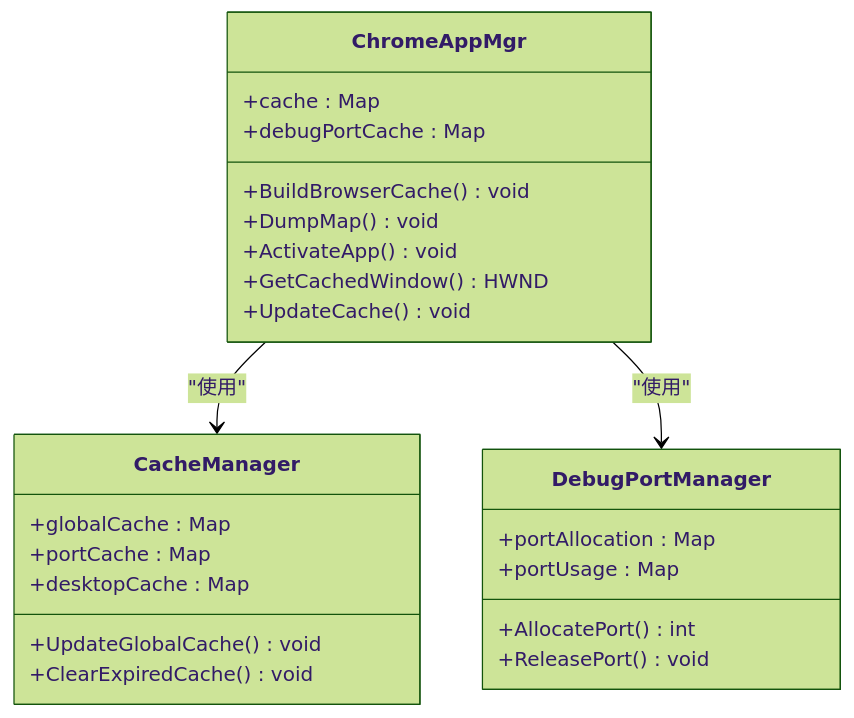
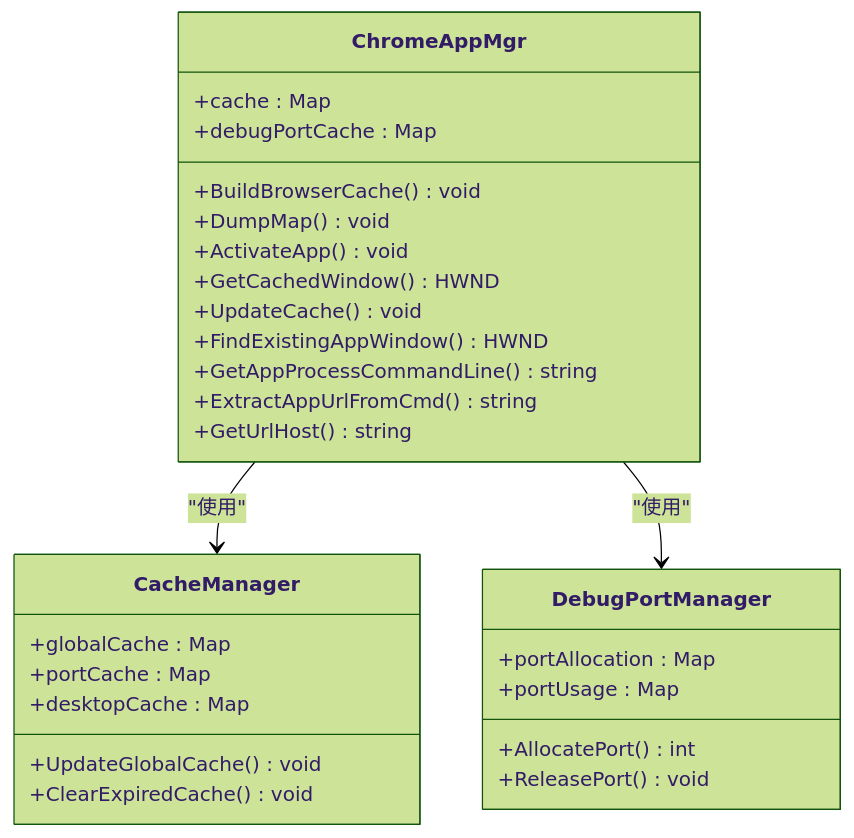
One commit to wangys-123doit/hotkey changed diagram 15 of 18 in .qoder/repowiki/zh/content/核心功能/浏览器应用管理.md. Above: the diagram before and after it, drawn with Mermaid (forest theme). The commit also changed other lines of this file and 14 other files, not shown here.

````diff
--- a/.qoder/repowiki/zh/content/核心功能/浏览器应用管理.md
+++ b/.qoder/repowiki/zh/content/核心功能/浏览器应用管理.md
@@ -662,27 +676,31 @@
 ```mermaid
 classDiagram
 class ChromeAppMgr {
 +cache : Map
 +debugPortCache : Map
 +BuildBrowserCache() void
 +DumpMap() void
 +ActivateApp() void
 +GetCachedWindow() HWND
 +UpdateCache() void
++FindExistingAppWindow() HWND
++GetAppProcessCommandLine() string
++ExtractAppUrlFromCmd() string
++GetUrlHost() string
 }
 class CacheManager {
 +globalCache : Map
 +portCache : Map
 +desktopCache : Map
 +UpdateGlobalCache() void
 +ClearExpiredCache() void
 }
 class DebugPortManager {
 +portAllocation : Map
 +portUsage : Map
 +AllocatePort() int
 +ReleasePort() void
 }
 ChromeAppMgr --> CacheManager : "使用"
 ChromeAppMgr --> DebugPortManager : "使用"
 ```
````
